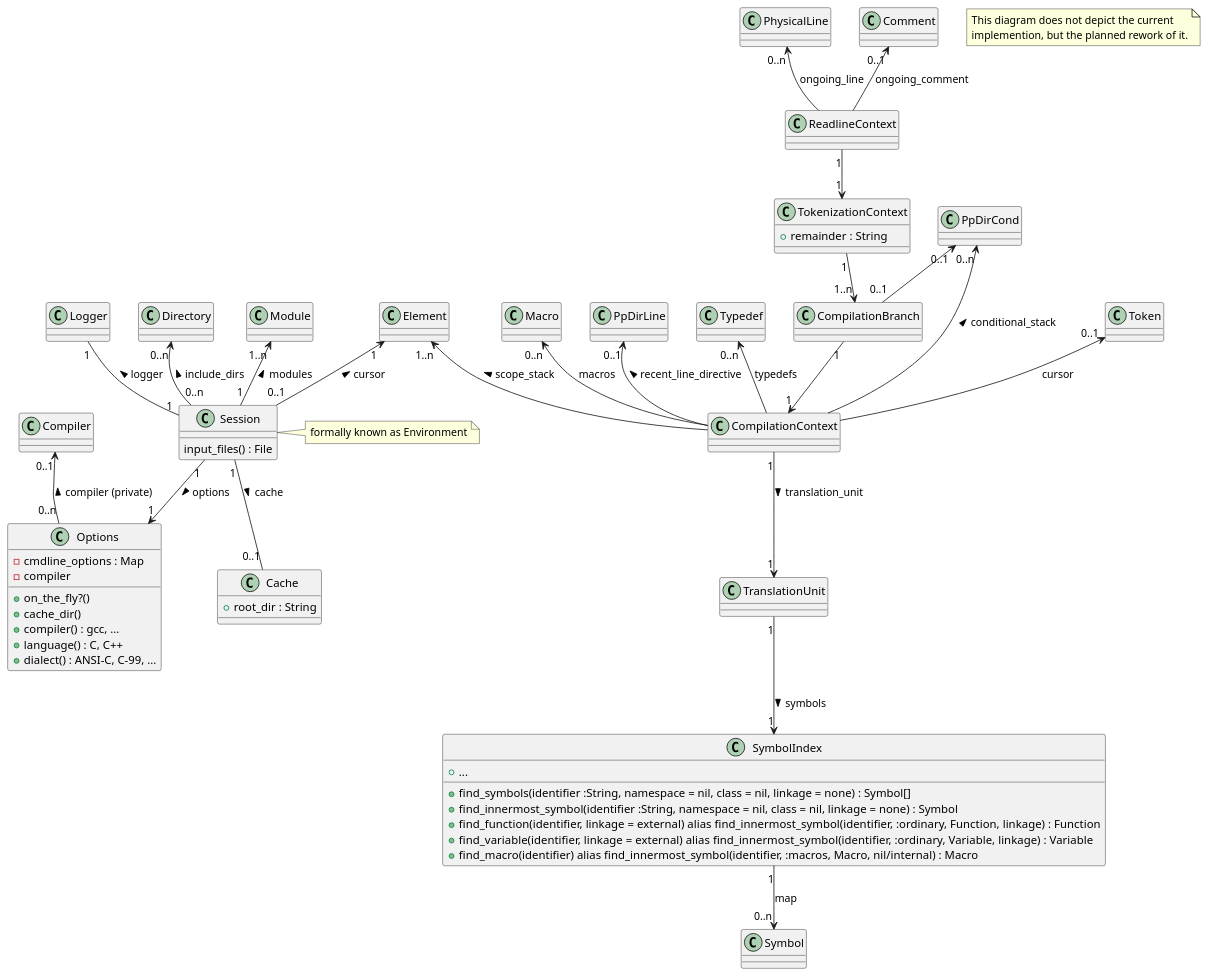
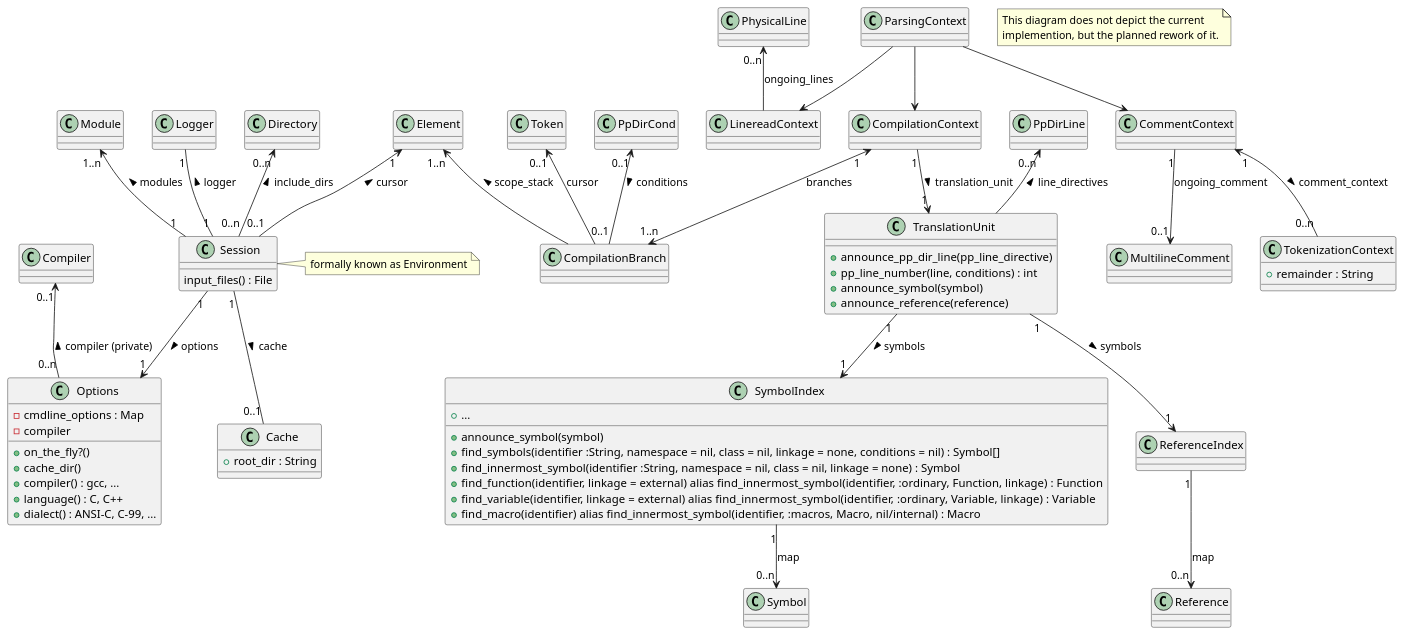
One commit to thilo-fischer/rocc changed the diagram in design/operational.puml. Above: the diagram before and after it, drawn with PlantUML. The commit also changed 15 other files, not shown here.

```diff
--- a/design/operational.puml
+++ b/design/operational.puml
@@ -1,94 +1,95 @@
 @startuml
 
 ' Copyright (C) 2014-2015  Thilo Fischer.
 ' Free for non-commercial and most commercial use. See LICENSE.txt for details.
 
 note as N1
   This diagram does not depict the current
   implemention, but the planned rework of it.
 end note
 
 class Session {
   ' All the main_files of the translation units that make up the modules
   input_files() : File
 }
 note right: formally known as Environment
 Logger "1" -- "1" Session : logger <
 ' From the Elements UML diagram
 Element "1" <-- "0..1" Session : cursor <
 Directory "0..n" <-- "0..n" Session : include_dirs <
 Module "1..n" <-- "1" Session : modules <
 
 class Options {
   + on_the_fly?()
   ' path to the cache directory, Session will create its cache from this
   + cache_dir()
   ' emulate a certain compilers command line argument processing (and possibly other behaviour)
   + compiler() : gcc, ...
   + language() : C, C++
   + dialect() : ANSI-C, C-99, ...
   - cmdline_options : Map
   - compiler
 }
 Session "1" --> "1" Options : options >
 Compiler "0..1" <-- "0..n" Options : compiler (private) <
 
 class Cache {
   + root_dir : String
 }
 ' No cache only for on-the-fly invokations
 Session "1" -- "0..1" Cache : cache >
 
+class ParsingContext {
+}
 
-class ReadlineContext {
+ParsingContext --> LinereadContext
+PhysicalLine "0..n" <-- LinereadContext : ongoing_lines
 
+ParsingContext --> CommentContext
+' Refers to a comment if the comment's beginning has already been parsed, but the comment's ending has not yet been found (e.g. block comments that span several lines)
+CommentContext "1" --> "0..1" MultilineComment : ongoing_comment
+
+ParsingContext --> CompilationContext
+class CompilationContext {
 }
-PhysicalLine "0..n" <-- ReadlineContext : ongoing_line
-' Refers to a comment if the comment's beginning has already been parsed, but the comment's ending has not yet been found (e.g. block comments that span several lines)
-Comment "0..1" <-- ReadlineContext : ongoing_comment
+CompilationContext "1" <--> "1..n" CompilationBranch : branches
 
-' FIXME necessary ?!
 class TokenizationContext {
 ' remaining charactres of current line to tokenize
 + remainder : String
 }
+CommentContext "1" <-- "0..n" TokenizationContext : comment_context >
 
-ReadlineContext "1" --> "1" TokenizationContext
-class CompilationBranch {
+' array of all preprocessing conditional branches chosen
+PpDirCond "0..1" <-- "0..1" CompilationBranch : conditions >
 
+Token "0..1" <-- CompilationBranch : cursor
+
+' Which namespace, class, function, compound statement, etc. are we in at the current position in source code (formally known as expansion_stack)
+Element "1..n" <-- CompilationBranch : scope_stack <
+
+class TranslationUnit {
+  + announce_pp_dir_line(pp_line_directive)
+  + pp_line_number(line, conditions) : int
+  + announce_symbol(symbol)
+  + announce_reference(reference)
 }
-TokenizationContext "1" --> "1..n" CompilationBranch
-PpDirCond "0..1" <-- "0..1" CompilationBranch
-class CompilationContext {
-
-}
-CompilationBranch "1" --> "1" CompilationContext
-
-' most recently generated token, shold be 0 only at the very beginning of translation unit
-Token "0..1" <-- CompilationContext : cursor
-
-' map from macro identifiers to their definitions
-Macro "0..n" <-- CompilationContext : macros
-' array of all preprocessing conditional branches chosen
-PpDirCond "0..n" <-- CompilationContext : conditional_stack <
-' most recent preprocessor line directive
-PpDirLine "0..1" <-- CompilationContext : recent_line_directive <
-
 CompilationContext "1" --> "1" TranslationUnit : translation_unit >
-' Which namespace, class, function, compound statement, etc. are we in at the current position in source code (formally known as expansion_stack)
-Element "1..n" <-- CompilationContext : scope_stack <
-' map from type identifiers to their definitions
-Typedef "0..n" <-- CompilationContext : typedefs
+PpDirLine "0..n" <-- TranslationUnit : line_directives <
 
 class SymbolIndex {
-+ find_symbols(identifier :String, namespace = nil, class = nil, linkage = none) : Symbol[]
++ announce_symbol(symbol)
++ find_symbols(identifier :String, namespace = nil, class = nil, linkage = none, conditions = nil) : Symbol[]
 + find_innermost_symbol(identifier :String, namespace = nil, class = nil, linkage = none) : Symbol
 + find_function(identifier, linkage = external) alias find_innermost_symbol(identifier, :ordinary, Function, linkage) : Function
 + find_variable(identifier, linkage = external) alias find_innermost_symbol(identifier, :ordinary, Variable, linkage) : Variable
 + find_macro(identifier) alias find_innermost_symbol(identifier, :macros, Macro, nil/internal) : Macro
 + ...
 }
 TranslationUnit "1" --> "1" SymbolIndex : symbols >
 SymbolIndex "1" --> "0..n" Symbol : map
 
+TranslationUnit "1" --> "1" ReferenceIndex : symbols >
+ReferenceIndex "1" --> "0..n" Reference : map
+
 @enduml
```
